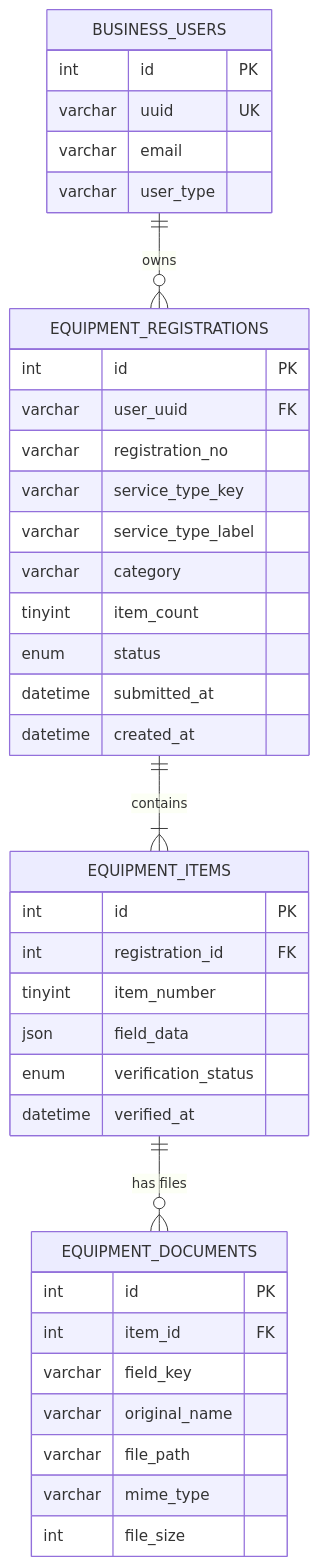
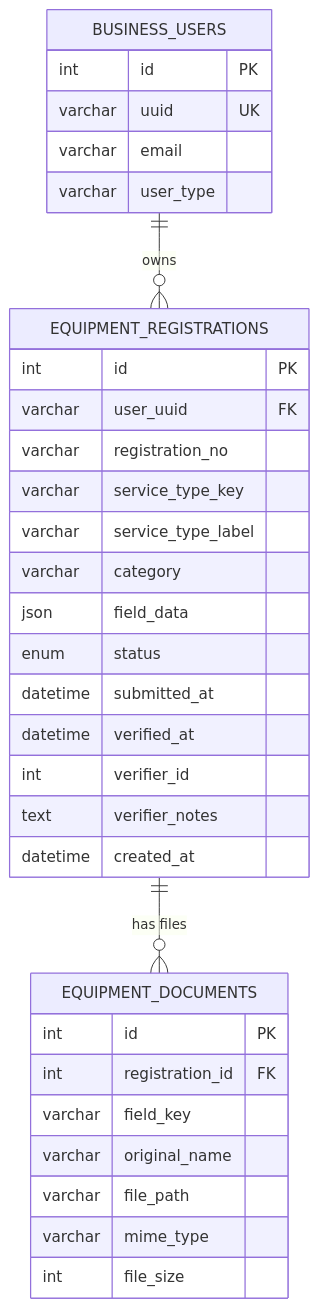
The diagram in findings.md (KENEDYMOSHI/new-osa), drawn with Mermaid before and after one commit. The commit also changed other lines of this file, not shown here.

Commit message:
feat(equipment): implement flexible equipment registration model

````diff
--- a/findings.md
+++ b/findings.md
@@ -304,45 +247,38 @@
 ```mermaid
 erDiagram
     BUSINESS_USERS ||--o{ EQUIPMENT_REGISTRATIONS : "owns"
-    EQUIPMENT_REGISTRATIONS ||--|{ EQUIPMENT_ITEMS : "contains"
-    EQUIPMENT_ITEMS ||--o{ EQUIPMENT_DOCUMENTS : "has files"
+    EQUIPMENT_REGISTRATIONS ||--o{ EQUIPMENT_DOCUMENTS : "has files"
 
     BUSINESS_USERS {
         int id PK
         varchar uuid UK
         varchar email
         varchar user_type
     }
 
     EQUIPMENT_REGISTRATIONS {
         int id PK
         varchar user_uuid FK
         varchar registration_no
         varchar service_type_key
         varchar service_type_label
         varchar category
-        tinyint item_count
+        json field_data
         enum status
         datetime submitted_at
+        datetime verified_at
+        int verifier_id
+        text verifier_notes
         datetime created_at
-    }
-
-    EQUIPMENT_ITEMS {
-        int id PK
-        int registration_id FK
-        tinyint item_number
-        json field_data
-        enum verification_status
-        datetime verified_at
     }
 
     EQUIPMENT_DOCUMENTS {
         int id PK
-        int item_id FK
+        int registration_id FK
         varchar field_key
         varchar original_name
         varchar file_path
         varchar mime_type
         int file_size
     }
 ```
````
